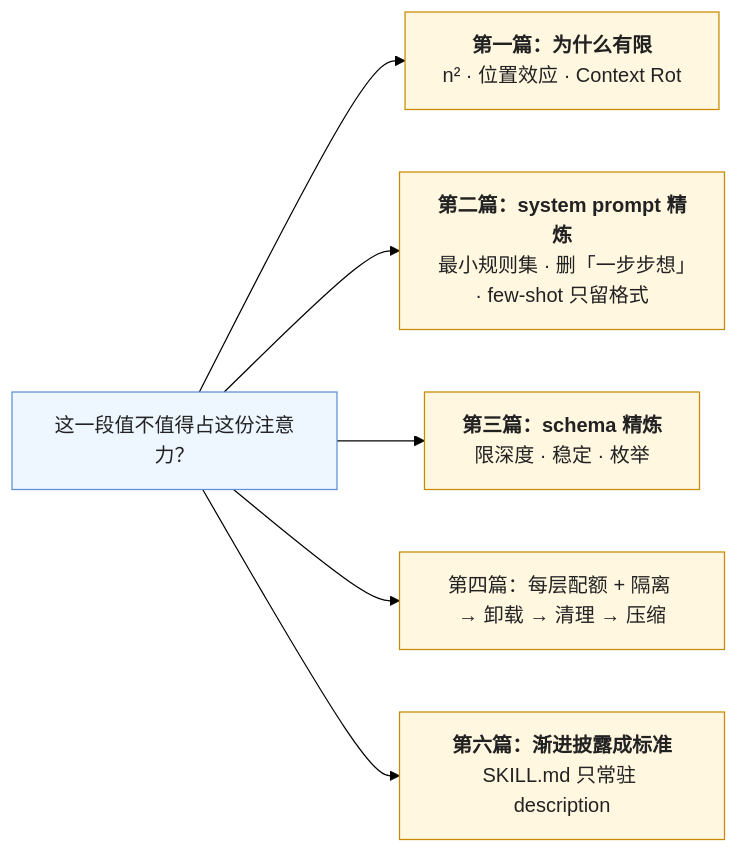
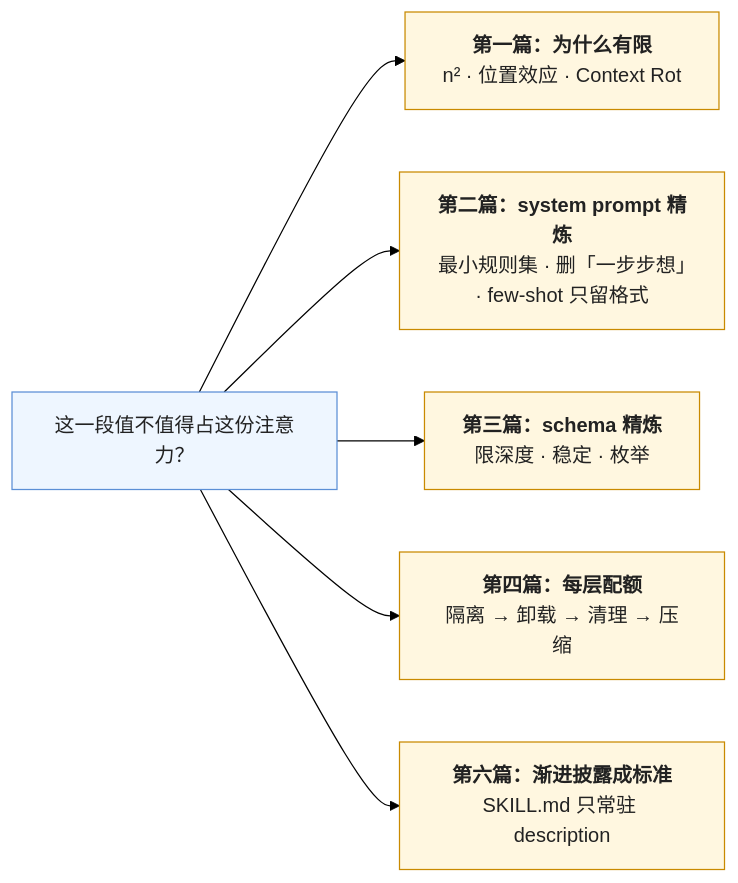
Before and after one commit to arganzheng/arganzheng.github.com: the second of 4 diagrams in _posts/2026-10-11-context-engineering-series-recap-and-self-test.md, drawn with Mermaid (forest theme). The commit also changed other lines of this file and 8 other files, not shown here.

````diff
--- a/_posts/2026-10-11-context-engineering-series-recap-and-self-test.md
+++ b/_posts/2026-10-11-context-engineering-series-recap-and-self-test.md
@@ -127,13 +127,13 @@
 ```mermaid
 %% 图：预算这条线在六篇里的落点——第一篇给物理基础（n² 注意力、Context Rot），第二篇精炼 system prompt，第三篇精炼 schema，第四篇给每层配额与处理顺序，第六篇把渐进披露做成 SKILL.md 标准；每一篇都在回答同一个问题：这一段值不值得占这份注意力
 flowchart LR
     Q["这一段值不值得占这份注意力？"] --> P1["<b>第一篇：为什么有限</b><br/>n² · 位置效应 · Context Rot"]
     Q --> P2["<b>第二篇：system prompt 精炼</b><br/>最小规则集 · 删「一步步想」· few-shot 只留格式"]
     Q --> P3["<b>第三篇：schema 精炼</b><br/>限深度 · 稳定 · 枚举"]
-    Q --> P4["第四篇：每层配额 + 隔离 → 卸载 → 清理 → 压缩"]
+    Q --> P4["<b>第四篇：每层配额</b><br/>隔离 → 卸载 → 清理 → 压缩"]
     Q --> P6["<b>第六篇：渐进披露成标准</b><br/>SKILL.md 只常驻 description"]
     classDef q fill:#eef6ff,stroke:#5b8fd6,color:#222
     classDef p fill:#fff7e0,stroke:#c98a00,color:#222
     class Q q
     class P1,P2,P3,P4,P6 p
 ```
````
